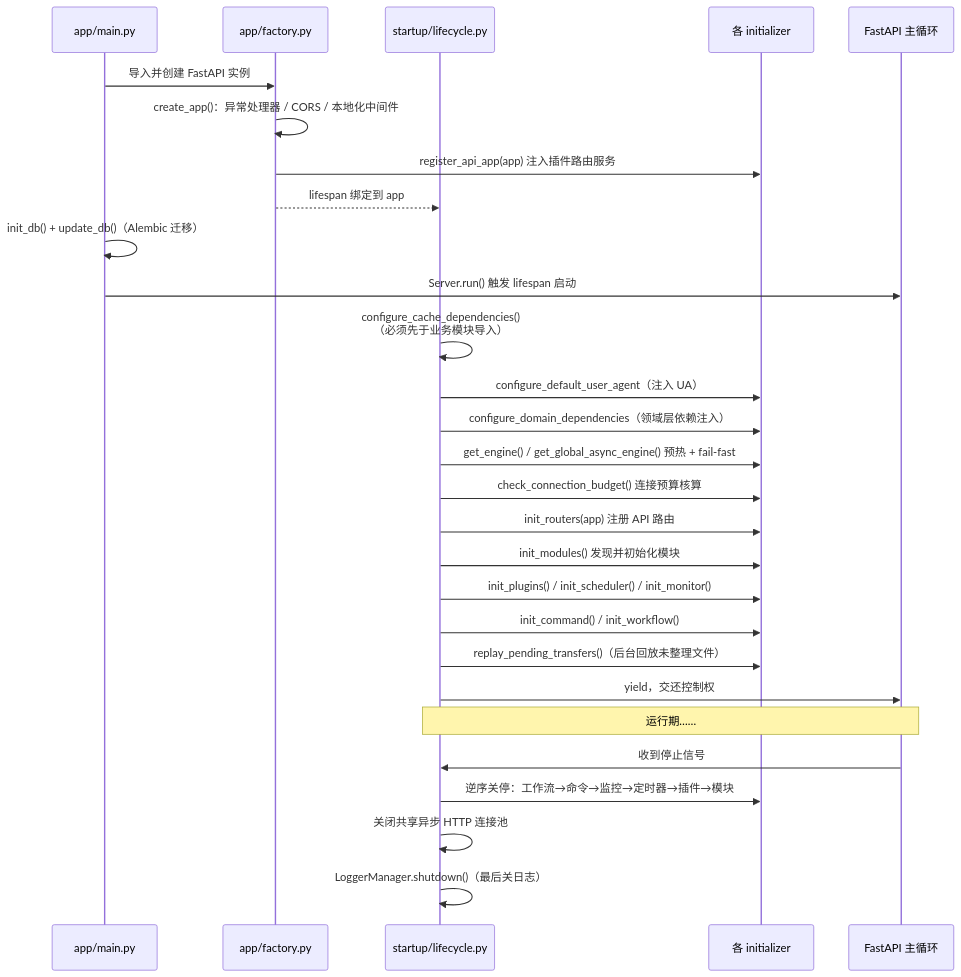
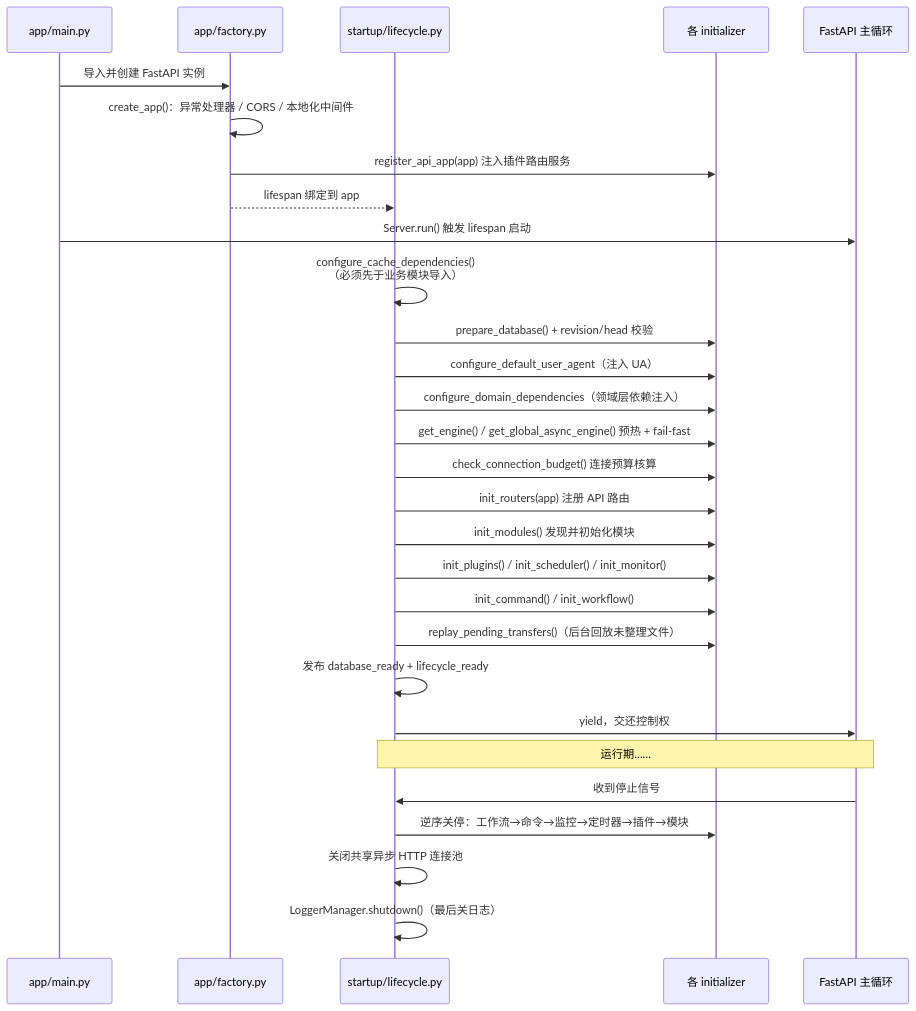
The third of 14 diagrams in docs/architecture-overview.md (jxxghp/MoviePilot), drawn with Mermaid before and after one commit. The commit also changed other lines of this file and 23 other files, not shown here.

Commit message:
refactor: unify database readiness lifecycle

````diff
--- a/docs/architecture-overview.md
+++ b/docs/architecture-overview.md
@@ -201,32 +201,33 @@
 ```mermaid
 sequenceDiagram
     participant Main as app/main.py
     participant Factory as app/factory.py
     participant Life as startup/lifecycle.py
     participant Init as 各 initializer
     participant FastAPI as FastAPI 主循环
 
     Main->>Factory: 导入并创建 FastAPI 实例
     Factory->>Factory: create_app()：异常处理器 / CORS / 本地化中间件
     Factory->>Init: register_api_app(app) 注入插件路由服务
     Factory-->>Life: lifespan 绑定到 app
-    Main->>Main: init_db() + update_db()（Alembic 迁移）
     Main->>FastAPI: Server.run() 触发 lifespan 启动
 
     Life->>Life: configure_cache_dependencies()<br/>（必须先于业务模块导入）
+    Life->>Init: prepare_database() + revision/head 校验
     Life->>Init: configure_default_user_agent（注入 UA）
     Life->>Init: configure_domain_dependencies（领域层依赖注入）
     Life->>Init: get_engine() / get_global_async_engine() 预热 + fail-fast
     Life->>Init: check_connection_budget() 连接预算核算
     Life->>Init: init_routers(app) 注册 API 路由
     Life->>Init: init_modules() 发现并初始化模块
     Life->>Init: init_plugins() / init_scheduler() / init_monitor()
     Life->>Init: init_command() / init_workflow()
     Life->>Init: replay_pending_transfers()（后台回放未整理文件）
+    Life->>Life: 发布 database_ready + lifecycle_ready
     Life->>FastAPI: yield，交还控制权
     Note over Life,FastAPI: 运行期……
     FastAPI->>Life: 收到停止信号
     Life->>Init: 逆序关停：工作流→命令→监控→定时器→插件→模块
     Life->>Life: 关闭共享异步 HTTP 连接池
     Life->>Life: LoggerManager.shutdown()（最后关日志）
 ```
````
